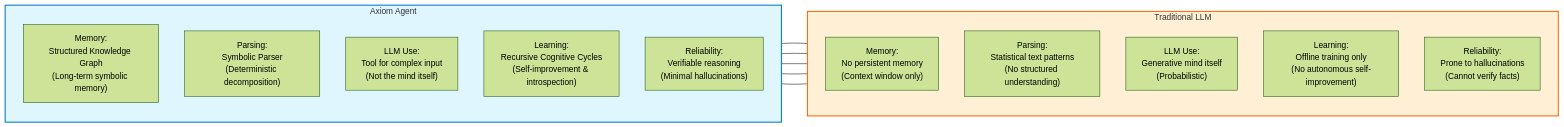
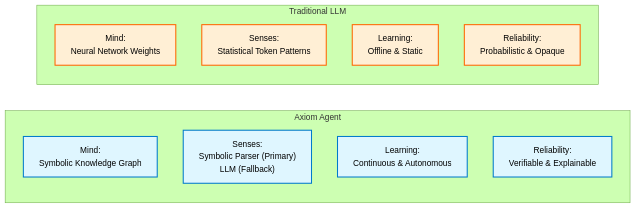
The third of 3 diagrams in README.md (vicsanity623/Axiom-Agent), drawn with Mermaid before and after one commit. The commit also changed other lines of this file and 26 other files, not shown here.

````diff
--- a/README.md
+++ b/README.md
@@ -152,30 +78,26 @@
 ```mermaid
-%%{init: {"theme": "forest"}}%%
+%%{init: { "theme": "forest" }}%%
 flowchart LR
+
     subgraph Axiom ["Axiom Agent"]
         direction TB
-        A1["Memory:\nStructured Knowledge Graph\n(Long-term symbolic memory)"]
-        A2["Parsing:\nSymbolic Parser\n(Deterministic decomposition)"]
-        A3["LLM Use:\nTool for complex input\n(Not the mind itself)"]
-        A4["Learning:\nRecursive Cognitive Cycles\n(Self-improvement & introspection)"]
-        A5["Reliability:\nVerifiable reasoning\n(Minimal hallucinations)"]
+        A1["Mind:<br/>Symbolic Knowledge Graph"]
+        A2["Senses:<br/>Symbolic Parser (Primary)<br/>LLM (Fallback)"]
+        A3["Learning:<br/>Continuous & Autonomous"]
+        A4["Reliability:<br/>Verifiable & Explainable"]
     end
 
     subgraph LLM ["Traditional LLM"]
         direction TB
-        L1["Memory:\nNo persistent memory\n(Context window only)"]
-        L2["Parsing:\nStatistical text patterns\n(No structured understanding)"]
-        L3["LLM Use:\nGenerative mind itself\n(Probabilistic)"]
-        L4["Learning:\nOffline training only\n(No autonomous self-improvement)"]
-        L5["Reliability:\nProne to hallucinations\n(Cannot verify facts)"]
+        L1["Mind:<br/>Neural Network Weights"]
+        L2["Senses:<br/>Statistical Token Patterns"]
+        L3["Learning:<br/>Offline & Static"]
+        L4["Reliability:<br/>Probabilistic & Opaque"]
     end
 
-    A1 --- L1
-    A2 --- L2
-    A3 --- L3
-    A4 --- L4
-    A5 --- L5
+    classDef axiom fill:#DFF6FF,stroke:#007ACC,stroke-width:2px
+    classDef llm fill:#FFEFD5,stroke:#FF6600,stroke-width:2px
 
-    style Axiom fill:#DFF6FF,stroke:#007ACC,stroke-width:2px
-    style LLM fill:#FFEFD5,stroke:#FF6600,stroke-width:2px
+    class A1,A2,A3,A4 axiom
+    class L1,L2,L3,L4 llm
 ```
````
